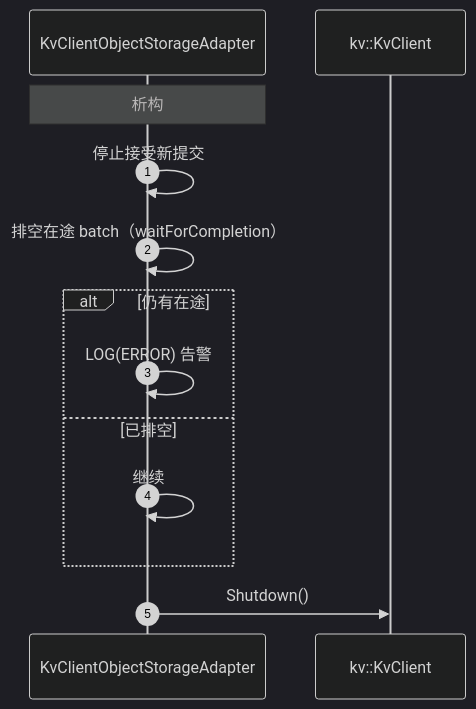
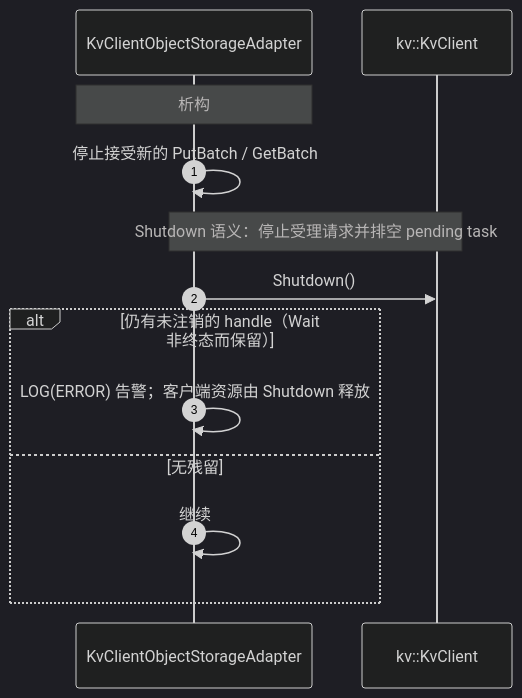
Diagram 13 of 13 in Mooncake + KVClient L3 接入（Kvcs）- v3.md (zwj20000328-dotcom/Mooncake-documents), drawn with Mermaid (dark theme) before and after one commit. The commit also changed other lines of this file, not shown here.

Commit message:
docs: align diagrams and code paths with per-batch registration semantics

````diff
--- a/Mooncake + KVClient L3 接入（Kvcs）- v3.md
+++ b/Mooncake + KVClient L3 接入（Kvcs）- v3.md
@@ -755,16 +781,16 @@
 ```mermaid
 sequenceDiagram
     autonumber
     participant AD as KvClientObjectStorageAdapter
     participant SDK as kv::KvClient
 
     Note over AD: 析构
-    AD->>AD: 停止接受新提交
-    AD->>AD: 排空在途 batch（waitForCompletion）
-    alt 仍有在途
-        AD->>AD: LOG(ERROR) 告警
-    else 已排空
+    AD->>AD: 停止接受新的 PutBatch / GetBatch
+    Note over AD,SDK: Shutdown 语义：停止受理请求并排空 pending task
+    AD->>SDK: Shutdown()
+    alt 仍有未注销的 handle（Wait 非终态而保留）
+        AD->>AD: LOG(ERROR) 告警；客户端资源由 Shutdown 释放
+    else 无残留
         AD->>AD: 继续
     end
-    AD->>SDK: Shutdown()
 ```
````
